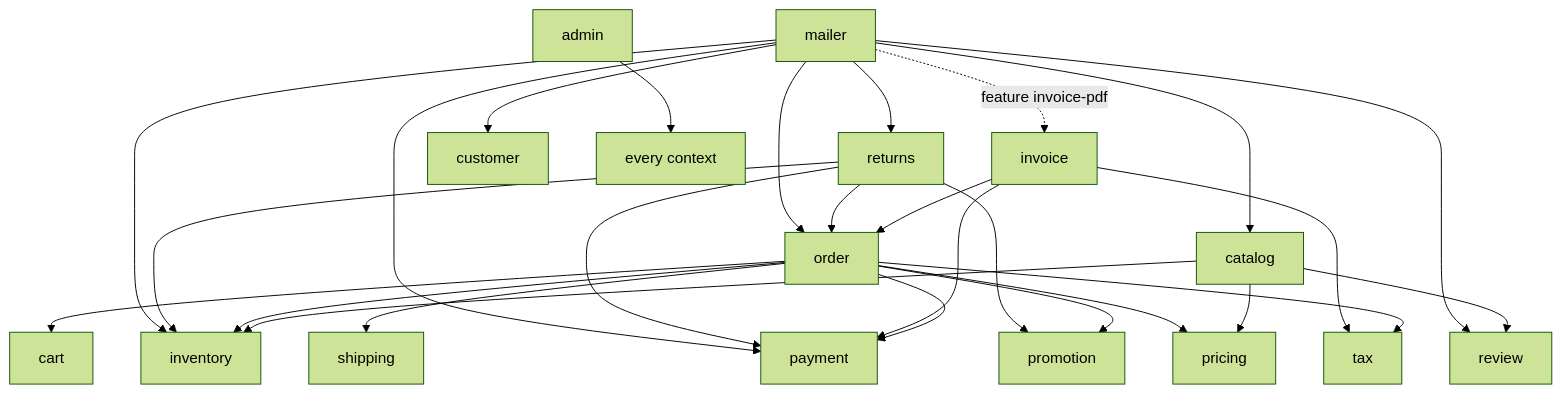
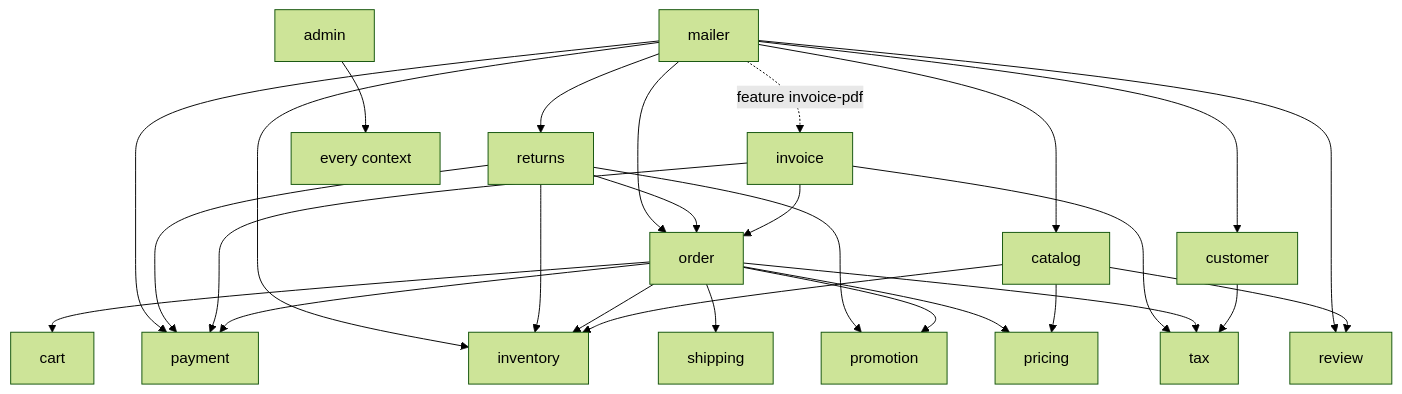
One commit to timayz/timada changed the first of 2 diagrams in docs/architecture.md. Above: the diagram before and after it, drawn with Mermaid (forest theme). The commit also changed other lines of this file and 25 other files, not shown here.

````diff
--- a/docs/architecture.md
+++ b/docs/architecture.md
@@ -33,10 +33,11 @@
 ```mermaid
 graph TD
     catalog --> pricing & inventory & review
+    customer --> tax
     order --> cart & inventory & payment & pricing & promotion & shipping & tax
     invoice --> order & payment & tax
     returns --> order & payment & inventory & promotion
     mailer --> order & payment & inventory & returns & review & customer & catalog
     mailer -. feature invoice-pdf .-> invoice
     admin --> everything[every context]
 ```
````
